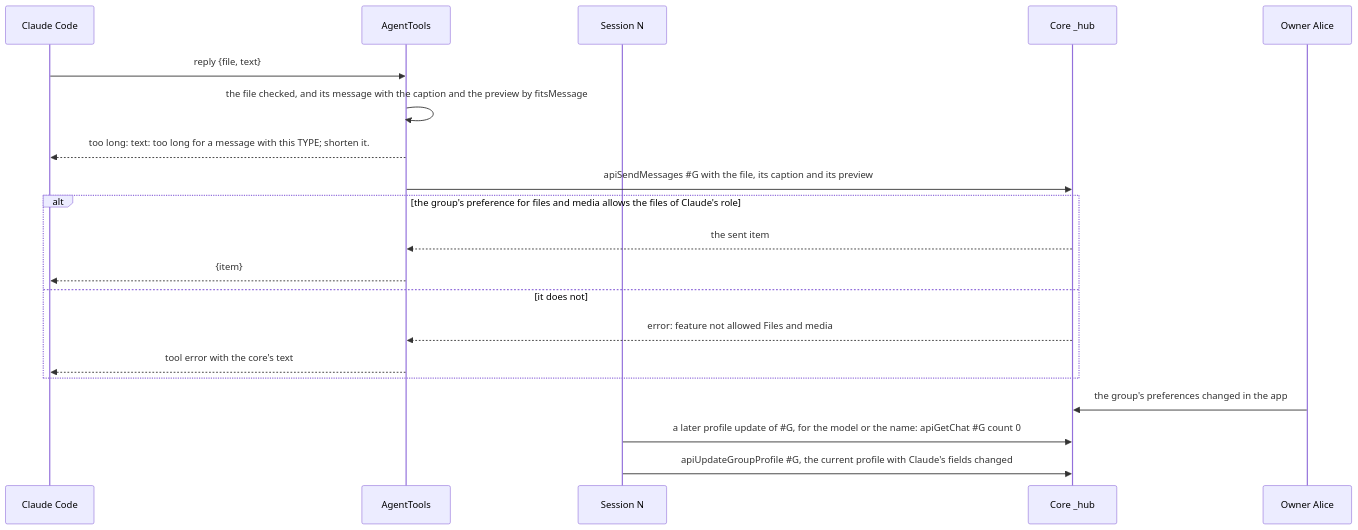
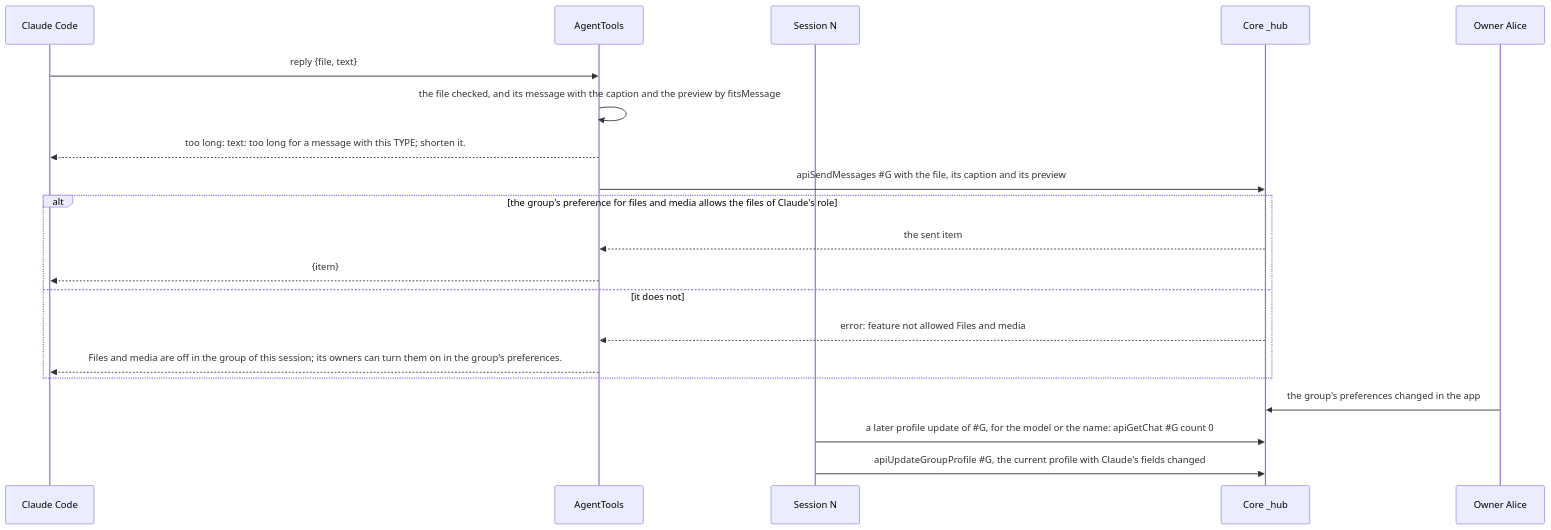
Diagram 29 of 30 in packages/simplex-chat-mcp/spec/flows.md (simplex-chat/simplex-chat), drawn with Mermaid before and after one commit. The commit also changed other lines of this file and 8 other files, not shown here.

Commit message:
mcp: reply answers that files and media are off in the session group

````diff
--- a/packages/simplex-chat-mcp/spec/flows.md
+++ b/packages/simplex-chat-mcp/spec/flows.md
@@ -1281,22 +1281,22 @@
 ```mermaid
 sequenceDiagram
   participant CC as Claude Code
   participant T as AgentTools
   participant N as Session N
   participant C as Core _hub
   participant A as Owner Alice
   CC->>T: reply {file, text}
   T->>T: the file checked, and its message with the caption and the preview by fitsMessage
   T-->>CC: too long: text: too long for a message with this TYPE#59; shorten it.
   T->>C: apiSendMessages #35;G with the file, its caption and its preview
   alt the group's preference for files and media allows the files of Claude's role
     C-->>T: the sent item
     T-->>CC: {item}
   else it does not
     C-->>T: error: feature not allowed Files and media
-    T-->>CC: tool error with the core's text
+    T-->>CC: Files and media are off in the group of this session#59; its owners can turn them on in the group's preferences.
   end
   A->>C: the group's preferences changed in the app
   N->>C: a later profile update of #35;G, for the model or the name: apiGetChat #35;G count 0
   N->>C: apiUpdateGroupProfile #35;G, the current profile with Claude's fields changed
 ```
````
